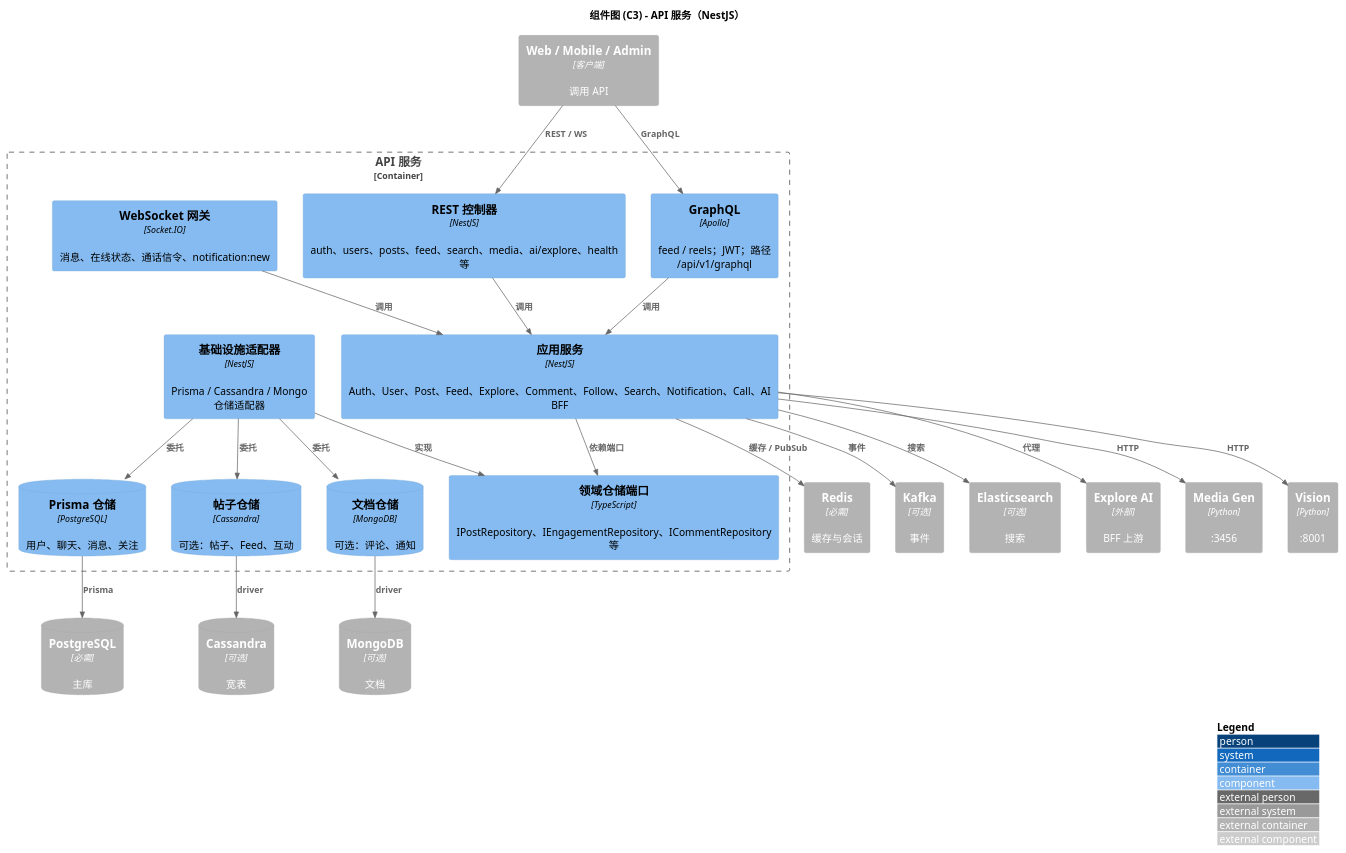
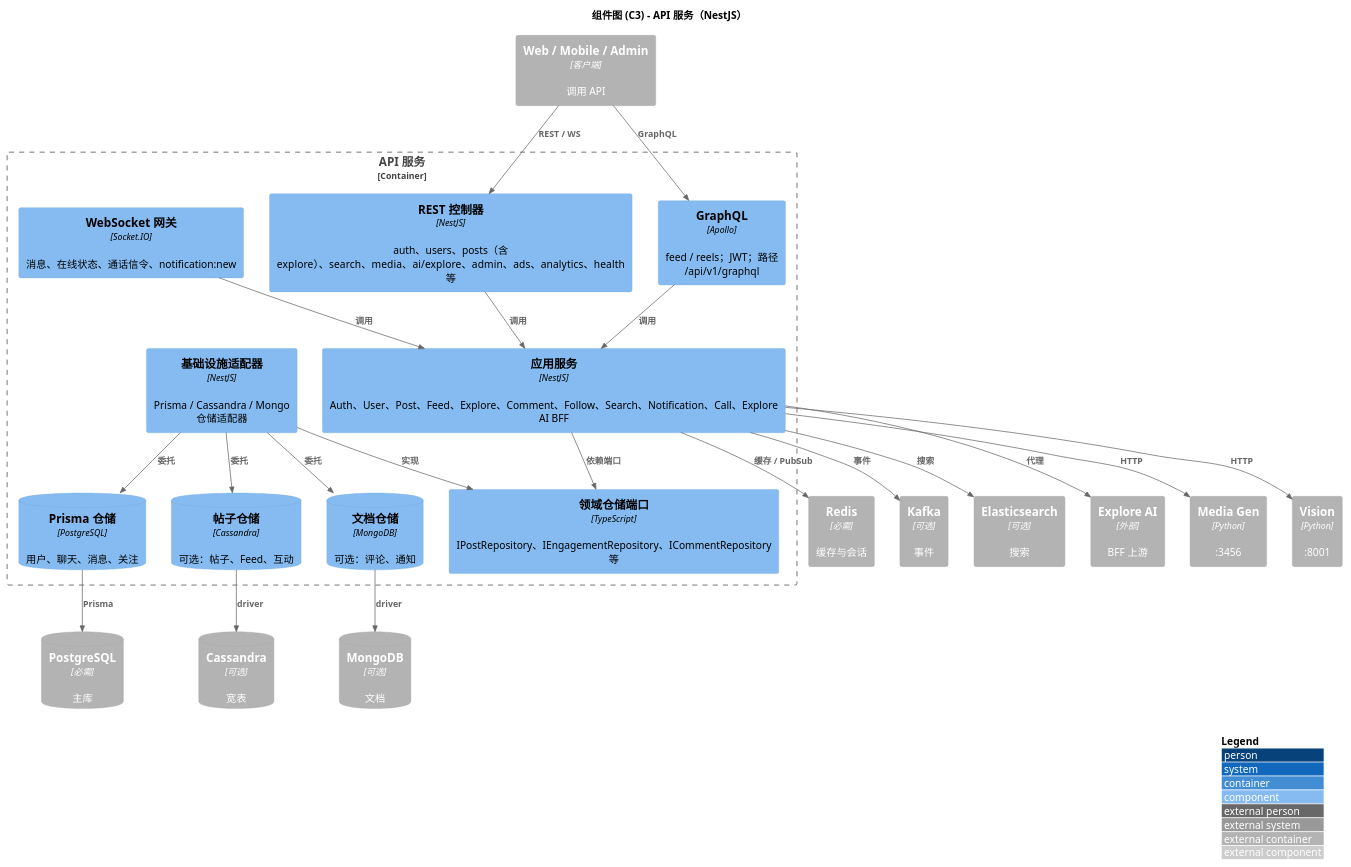
The diagram in docs/developer/c4-model/C3-Component-Backend.puml (felixzhu97/explore-chat), drawn with PlantUML before and after one commit. The commit also changed 9 other files, not shown here.

```diff
--- a/docs/developer/c4-model/C3-Component-Backend.puml
+++ b/docs/developer/c4-model/C3-Component-Backend.puml
@@ -1,51 +1,51 @@
 @startuml C3-Component-Backend
 !include https://raw.githubusercontent.com/plantuml-stdlib/C4-PlantUML/master/C4_Component.puml
 
 LAYOUT_WITH_LEGEND()
 
 title 组件图 (C3) - API 服务（NestJS）
 
 Container_Boundary(api_server, "API 服务") {
-  Component(controllers, "REST 控制器", "NestJS", "auth、users、posts、feed、search、media、ai/explore、health 等")
+  Component(controllers, "REST 控制器", "NestJS", "auth、users、posts（含 explore）、search、media、ai/explore、admin、ads、analytics、health 等")
   Component(graphql_api, "GraphQL", "Apollo", "feed / reels；JWT；路径 /api/v1/graphql")
   Component(websocket, "WebSocket 网关", "Socket.IO", "消息、在线状态、通话信令、notification:new")
-  Component(app_services, "应用服务", "NestJS", "Auth、User、Post、Feed、Explore、Comment、Follow、Search、Notification、Call、AI BFF")
+  Component(app_services, "应用服务", "NestJS", "Auth、User、Post、Feed、Explore、Comment、Follow、Search、Notification、Call、Explore AI BFF")
   Component(domain_ports, "领域仓储端口", "TypeScript", "IPostRepository、IEngagementRepository、ICommentRepository 等")
   Component(infra_adapters, "基础设施适配器", "NestJS", "Prisma / Cassandra / Mongo 仓储适配器")
   ComponentDb(prisma_repo, "Prisma 仓储", "PostgreSQL", "用户、聊天、消息、关注")
   ComponentDb(post_repo, "帖子仓储", "Cassandra", "可选：帖子、Feed、互动")
   ComponentDb(doc_repo, "文档仓储", "MongoDB", "可选：评论、通知")
 }
 
 Container_Ext(web_app, "Web / Mobile / Admin", "客户端", "调用 API")
 ContainerDb_Ext(postgres, "PostgreSQL", "必需", "主库")
 Container_Ext(redis, "Redis", "必需", "缓存与会话")
 Container_Ext(kafka, "Kafka", "可选", "事件")
 ContainerDb_Ext(cassandra, "Cassandra", "可选", "宽表")
 ContainerDb_Ext(mongodb, "MongoDB", "可选", "文档")
 Container_Ext(es, "Elasticsearch", "可选", "搜索")
 Container_Ext(explore_ai, "Explore AI", "外部", "BFF 上游")
 Container_Ext(media_gen, "Media Gen", "Python", ":3456")
 Container_Ext(vision, "Vision", "Python", ":8001")
 
 Rel(web_app, controllers, "REST / WS")
 Rel(web_app, graphql_api, "GraphQL")
 Rel(controllers, app_services, "调用")
 Rel(graphql_api, app_services, "调用")
 Rel(websocket, app_services, "调用")
 Rel(app_services, domain_ports, "依赖端口")
 Rel(infra_adapters, domain_ports, "实现")
 Rel(infra_adapters, prisma_repo, "委托")
 Rel(infra_adapters, post_repo, "委托")
 Rel(infra_adapters, doc_repo, "委托")
 Rel(prisma_repo, postgres, "Prisma")
 Rel(post_repo, cassandra, "driver")
 Rel(doc_repo, mongodb, "driver")
 Rel(app_services, redis, "缓存 / PubSub")
 Rel(app_services, kafka, "事件")
 Rel(app_services, es, "搜索")
 Rel(app_services, explore_ai, "代理")
 Rel(app_services, media_gen, "HTTP")
 Rel(app_services, vision, "HTTP")
 
 @enduml
```
